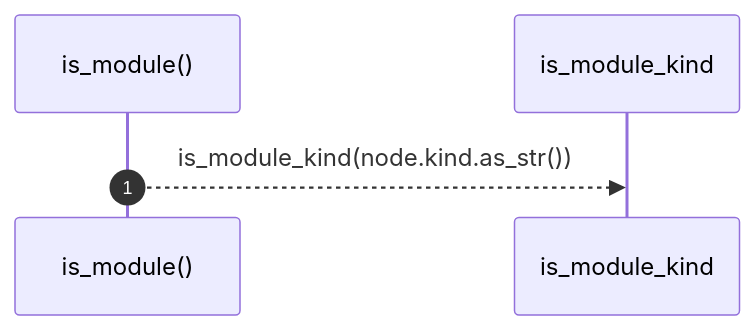
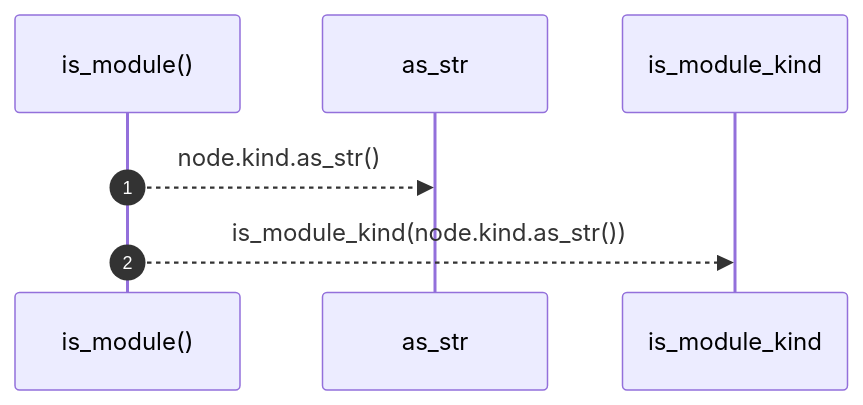
Before and after one commit to RyanGuild/self-describing-code: the diagram in docs/self-model/robby_render/tree/is-module.md, drawn with Mermaid. The commit also changed other lines of this file and 1404 other files, not shown here.

````diff
--- a/docs/self-model/robby_render/tree/is-module.md
+++ b/docs/self-model/robby_render/tree/is-module.md
@@ -18,7 +18,9 @@
 ```mermaid
 sequenceDiagram
     autonumber
     participant is_module as is_module()
+    participant as_str as as_str
     participant is_module_kind as is_module_kind
+    is_module-->>as_str: node.kind.as_str()
     is_module-->>is_module_kind: is_module_kind(node.kind.as_str())
 ```
````
